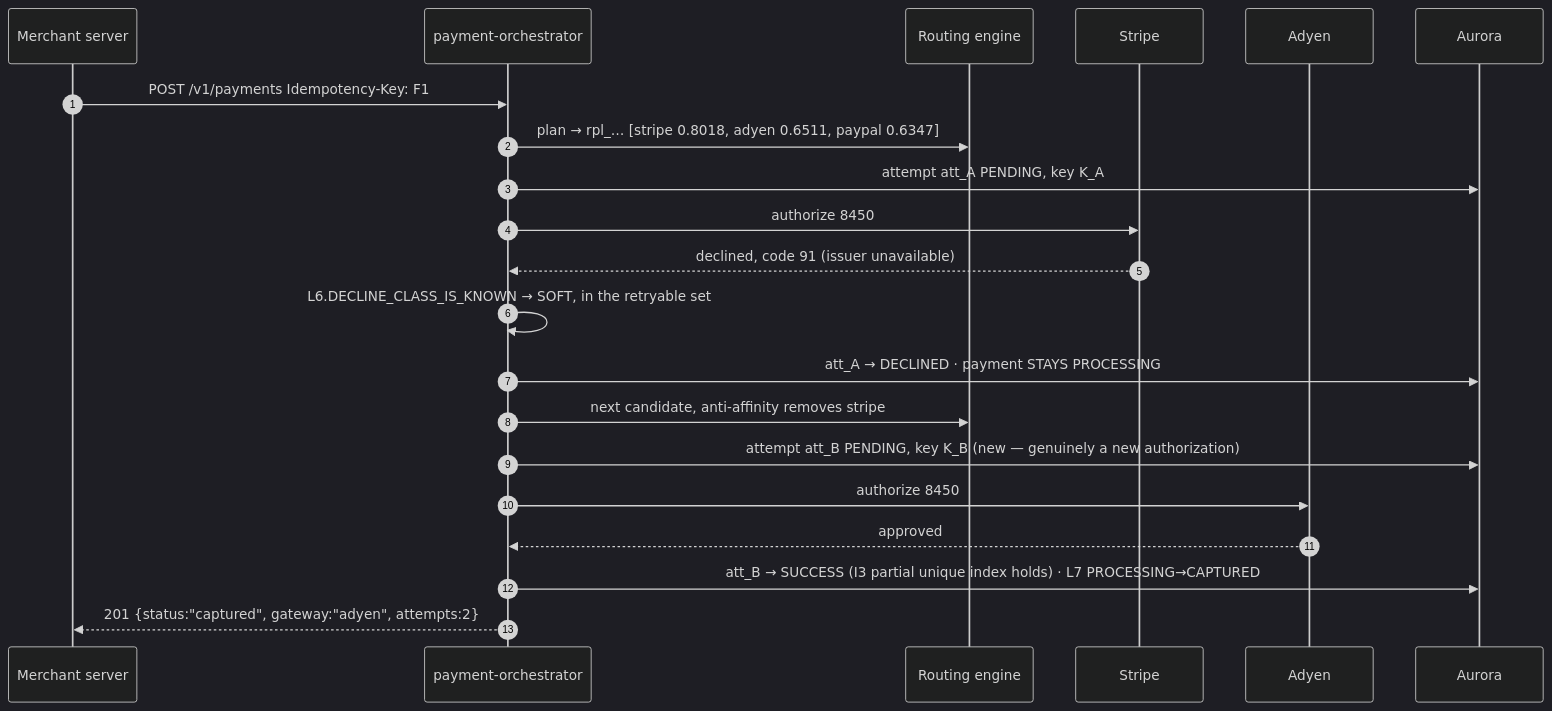
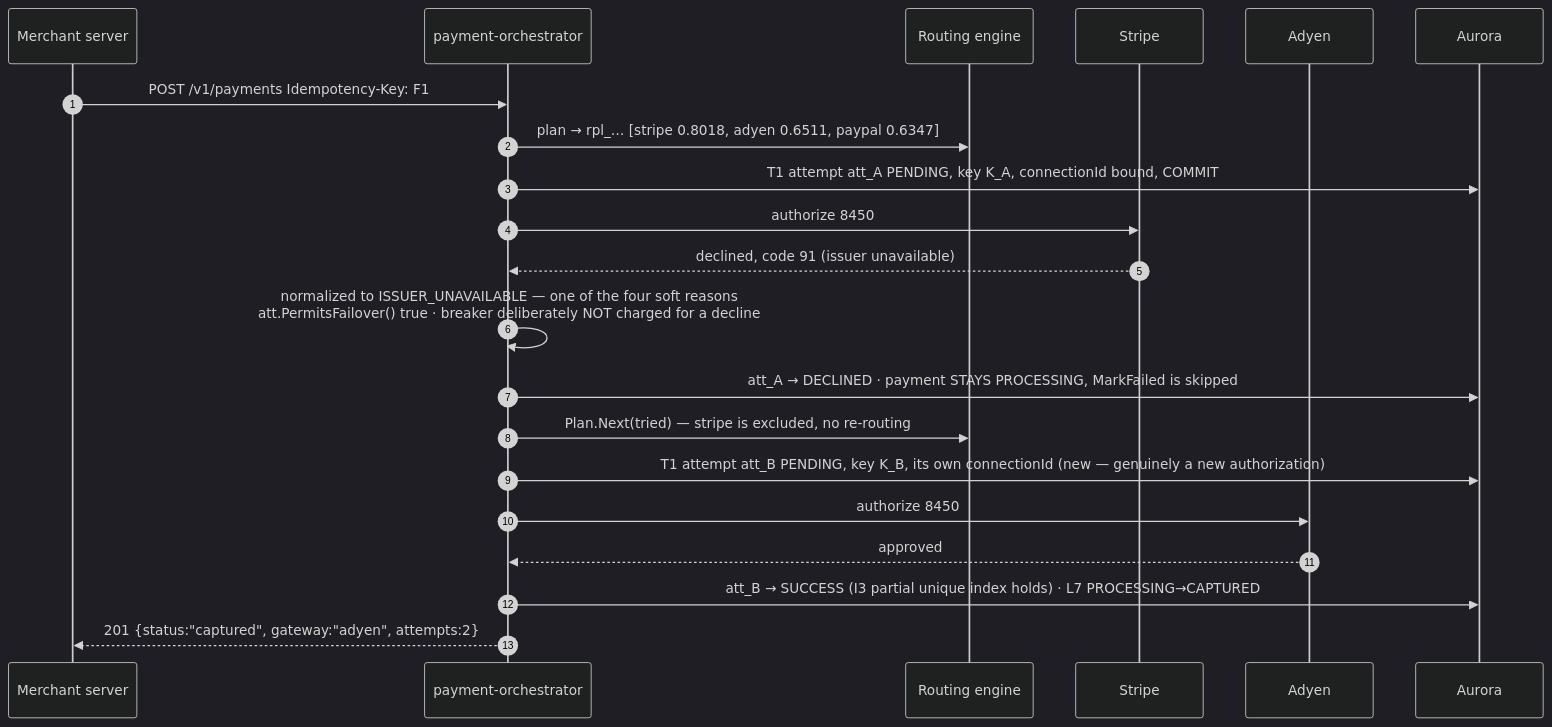
The tenth of 15 diagrams in docs/payment-flow.md (udaykishore-resu/payments-platform), drawn with Mermaid (dark theme) before and after one commit. The commit also changed other lines of this file and 67 other files, not shown here.

````diff
--- a/docs/payment-flow.md
+++ b/docs/payment-flow.md
@@ -443,24 +459,24 @@
 ```mermaid
 sequenceDiagram
     autonumber
     participant MER as Merchant server
     participant ORC as payment-orchestrator
     participant RTE as Routing engine
     participant G1 as Stripe
     participant G2 as Adyen
     participant PG as Aurora
 
     MER->>ORC: POST /v1/payments  Idempotency-Key: F1
     ORC->>RTE: plan → rpl_… [stripe 0.8018, adyen 0.6511, paypal 0.6347]
-    ORC->>PG: attempt att_A PENDING, key K_A
+    ORC->>PG: T1 attempt att_A PENDING, key K_A, connectionId bound, COMMIT
     ORC->>G1: authorize 8450
     G1-->>ORC: declined, code 91 (issuer unavailable)
-    ORC->>ORC: L6.DECLINE_CLASS_IS_KNOWN → SOFT, in the retryable set
-    ORC->>PG: att_A → DECLINED · payment STAYS PROCESSING
-    ORC->>RTE: next candidate, anti-affinity removes stripe
-    ORC->>PG: attempt att_B PENDING, key K_B (new — genuinely a new authorization)
+    ORC->>ORC: normalized to ISSUER_UNAVAILABLE — one of the four soft reasons<br/>att.PermitsFailover() true · breaker deliberately NOT charged for a decline
+    ORC->>PG: att_A → DECLINED · payment STAYS PROCESSING, MarkFailed is skipped
+    ORC->>RTE: Plan.Next(tried) — stripe is excluded, no re-routing
+    ORC->>PG: T1 attempt att_B PENDING, key K_B, its own connectionId (new — genuinely a new authorization)
     ORC->>G2: authorize 8450
     G2-->>ORC: approved
     ORC->>PG: att_B → SUCCESS (I3 partial unique index holds) · L7 PROCESSING→CAPTURED
     ORC-->>MER: 201 {status:"captured", gateway:"adyen", attempts:2}
 ```
````
